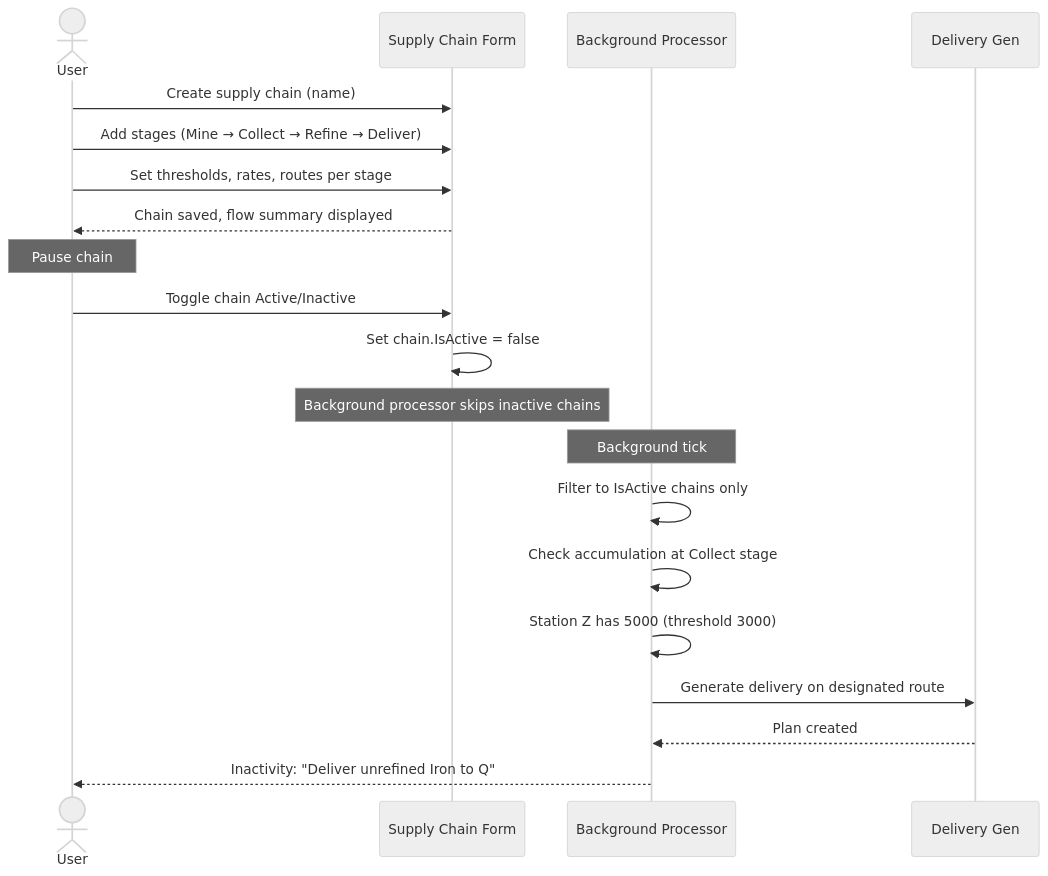
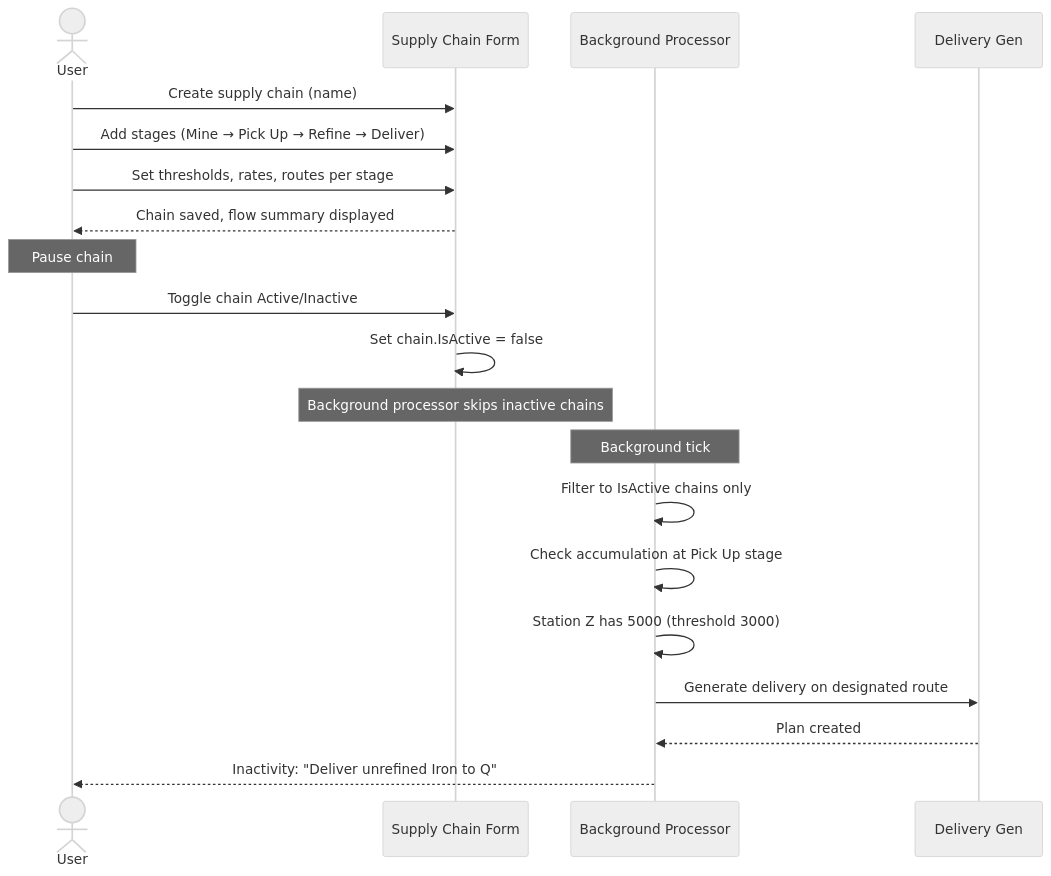
Diagram 15 of 20 in .kiro/specs/empire-systems/design.md (scalorn/OuterEmpires2EmpireTracker), drawn with Mermaid (neutral theme) before and after one commit. The commit also changed other lines of this file, not shown here.

First line of the commit message:
Rename supply chain Collect stage to PickUp for consistency

````diff
--- a/.kiro/specs/empire-systems/design.md
+++ b/.kiro/specs/empire-systems/design.md
@@ -437,25 +437,25 @@
 ```mermaid
 sequenceDiagram
     actor User
     participant SC as Supply Chain Form
     participant BG as Background Processor
     participant DG as Delivery Gen
 
     User->>SC: Create supply chain (name)
-    User->>SC: Add stages (Mine → Collect → Refine → Deliver)
+    User->>SC: Add stages (Mine → Pick Up → Refine → Deliver)
     User->>SC: Set thresholds, rates, routes per stage
     SC-->>User: Chain saved, flow summary displayed
 
     Note over User: Pause chain
     User->>SC: Toggle chain Active/Inactive
     SC->>SC: Set chain.IsActive = false
     Note over SC: Background processor skips inactive chains
 
     Note over BG: Background tick
     BG->>BG: Filter to IsActive chains only
-    BG->>BG: Check accumulation at Collect stage
+    BG->>BG: Check accumulation at Pick Up stage
     BG->>BG: Station Z has 5000 (threshold 3000)
     BG->>DG: Generate delivery on designated route
     DG-->>BG: Plan created
     BG-->>User: Inactivity: "Deliver unrefined Iron to Q"
 ```
````
